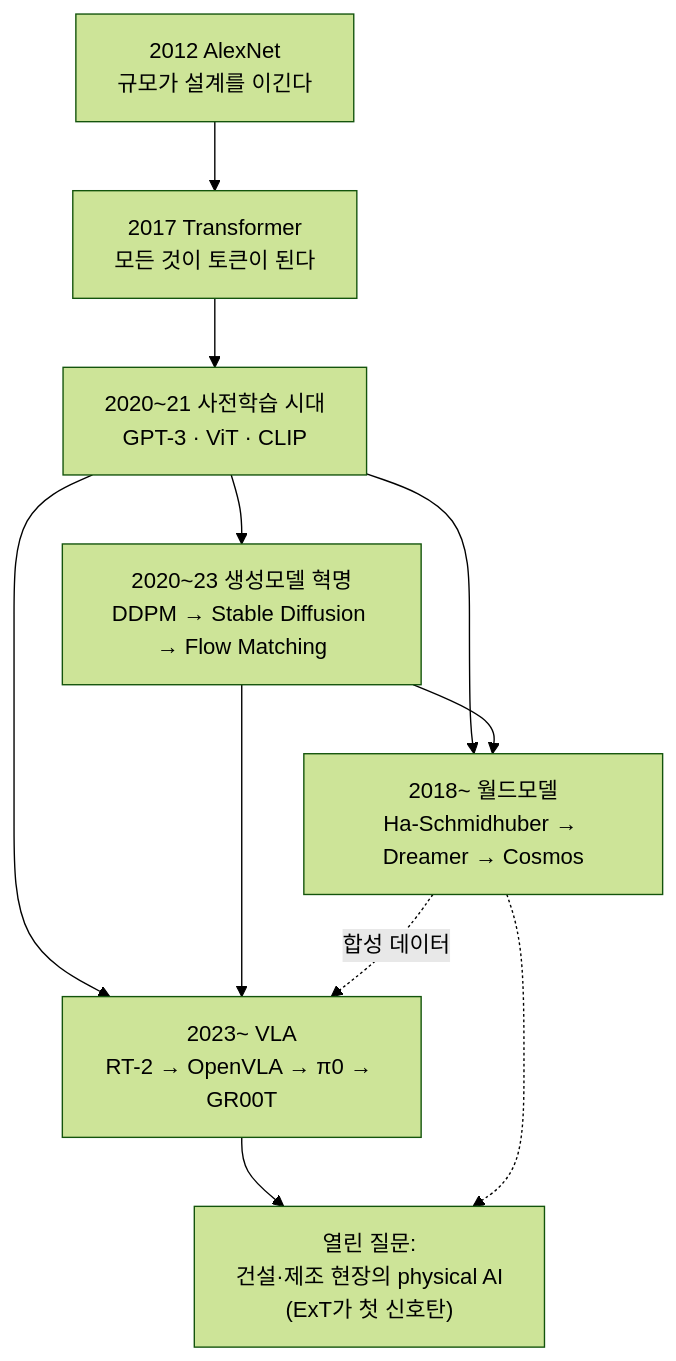
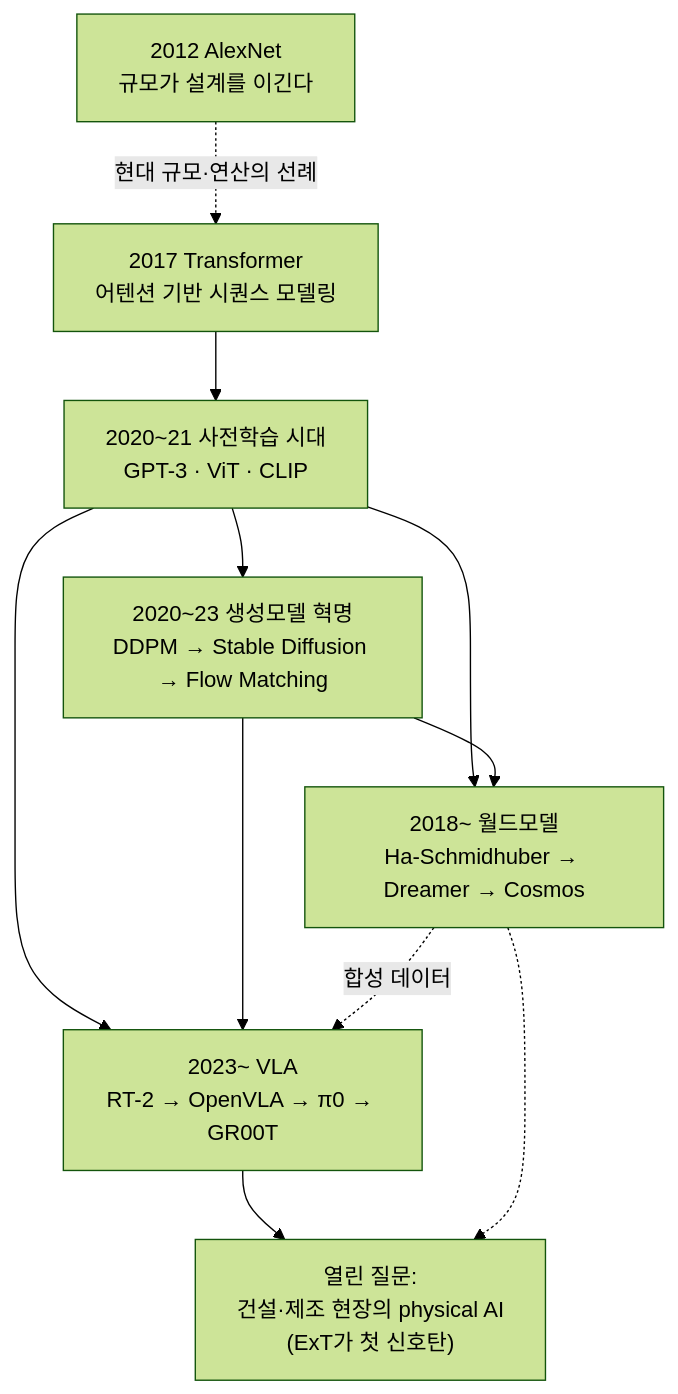
One commit to jiseop-byeon/phd-wiki changed the seventh of 12 diagrams in content/03-deep-learning/lineage.md. Above: the diagram before and after it, drawn with Mermaid (forest theme). The commit also changed other lines of this file and 89 other files, not shown here.

````diff
--- a/content/03-deep-learning/lineage.md
+++ b/content/03-deep-learning/lineage.md
@@ -132,13 +132,13 @@
 ```mermaid
 graph TD
-    A["2012 AlexNet<br/>규모가 설계를 이긴다"] --> B["2017 Transformer<br/>모든 것이 토큰이 된다"]
+    A["2012 AlexNet<br/>규모가 설계를 이긴다"] -. 현대 규모·연산의 선례 .-> B["2017 Transformer<br/>어텐션 기반 시퀀스 모델링"]
     B --> C["2020~21 사전학습 시대<br/>GPT-3 · ViT · CLIP"]
     C --> D["2020~23 생성모델 혁명<br/>DDPM → Stable Diffusion → Flow Matching"]
     C --> E["2023~ VLA<br/>RT-2 → OpenVLA → π0 → GR00T"]
     D --> E
     C --> F["2018~ 월드모델<br/>Ha-Schmidhuber → Dreamer → Cosmos"]
     D --> F
     F -.합성 데이터.-> E
     E --> G["열린 질문:<br/>건설·제조 현장의 physical AI<br/>(ExT가 첫 신호탄)"]
     F -.-> G
 ```
````
